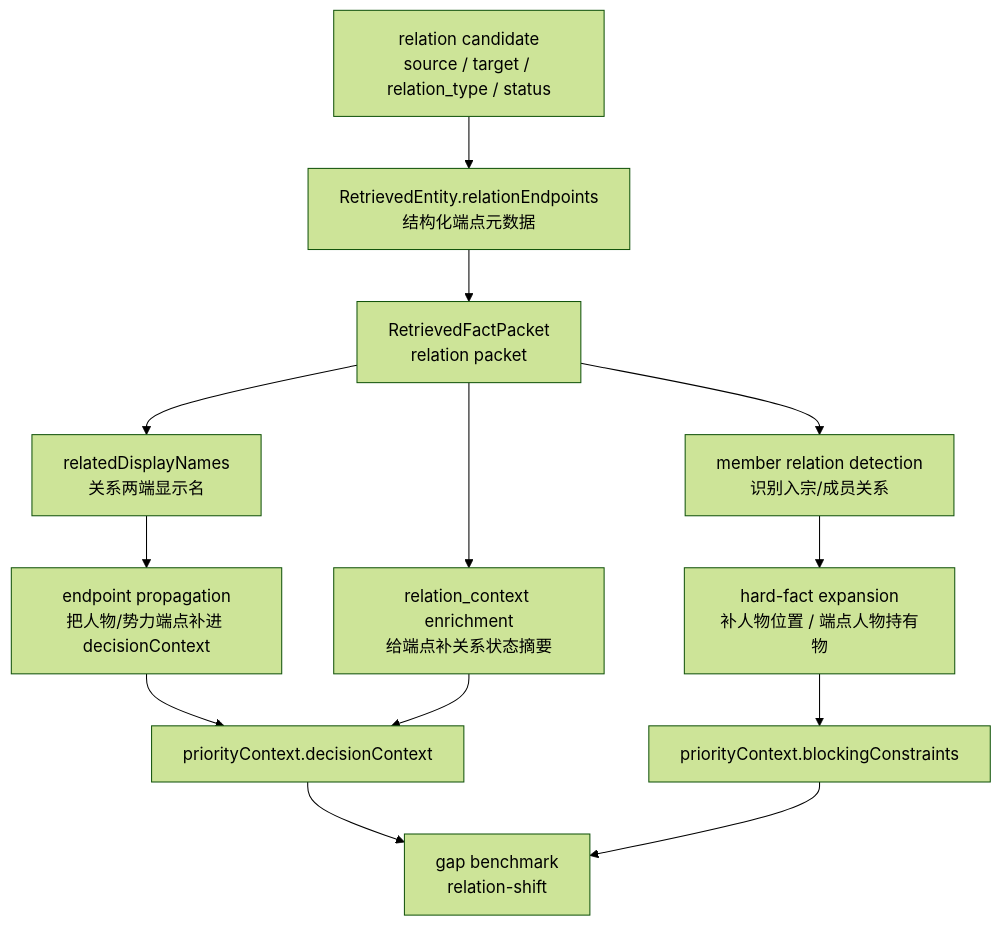
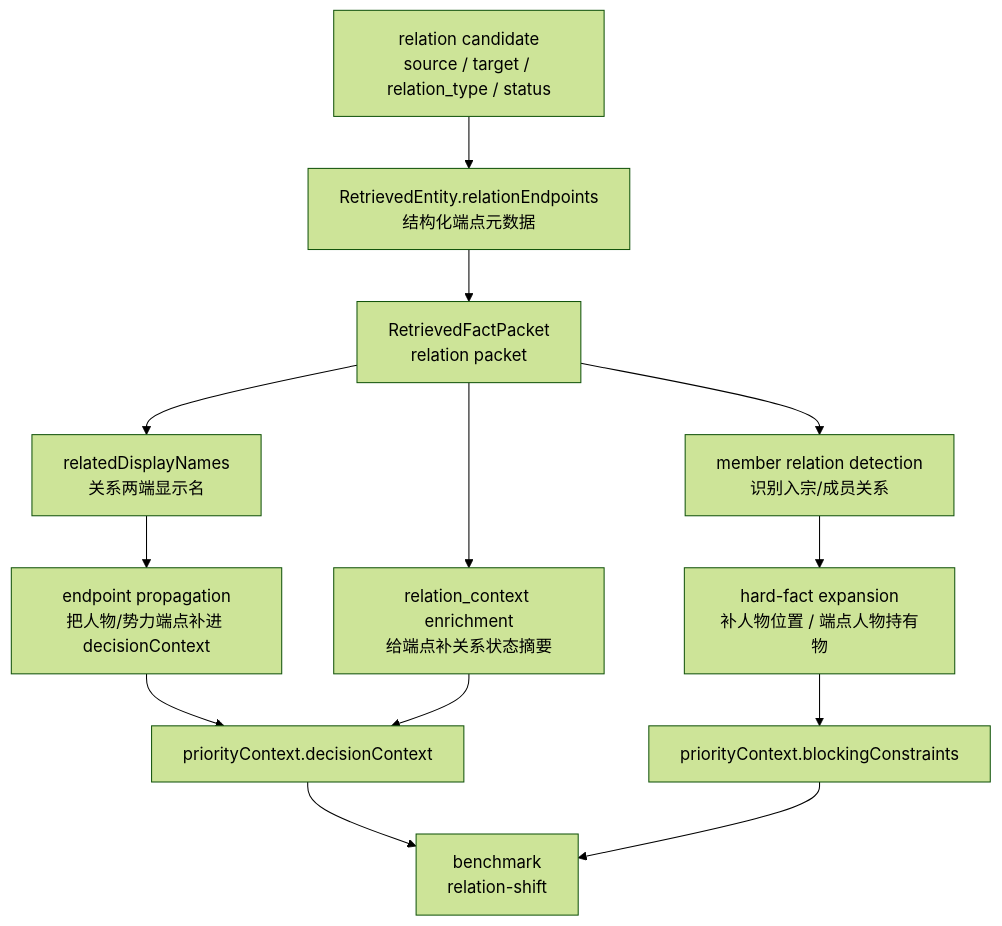
One commit to housirvip/myai-novel changed the fourth of 4 diagrams in docs/prompt-retrieval-relationship.md. Above: the diagram before and after it, drawn with Mermaid (forest theme). The commit also changed other lines of this file and 23 other files, not shown here.

````diff
--- a/docs/prompt-retrieval-relationship.md
+++ b/docs/prompt-retrieval-relationship.md
@@ -470,34 +470,34 @@
 ```mermaid
 flowchart TD
     A1[relation candidate<br/>source / target / relation_type / status]
     A2[RetrievedEntity.relationEndpoints<br/>结构化端点元数据]
     A3[RetrievedFactPacket<br/>relation packet]
 
     B1[relatedDisplayNames<br/>关系两端显示名]
     B2[endpoint propagation<br/>把人物/势力端点补进 decisionContext]
     B3[relation_context enrichment<br/>给端点补关系状态摘要]
 
     C1[member relation detection<br/>识别入宗/成员关系]
     C2[hard-fact expansion<br/>补人物位置 / 端点人物持有物]
 
     D1[priorityContext.decisionContext]
     D2[priorityContext.blockingConstraints]
-    D3[gap benchmark<br/>relation-shift]
+    D3[benchmark<br/>relation-shift]
 
     A1 --> A2
     A2 --> A3
 
     A3 --> B1
     B1 --> B2
     A3 --> B3
 
     A3 --> C1
     C1 --> C2
 
     B2 --> D1
     B3 --> D1
     C2 --> D2
 
     D1 --> D3
     D2 --> D3
 ```
````
